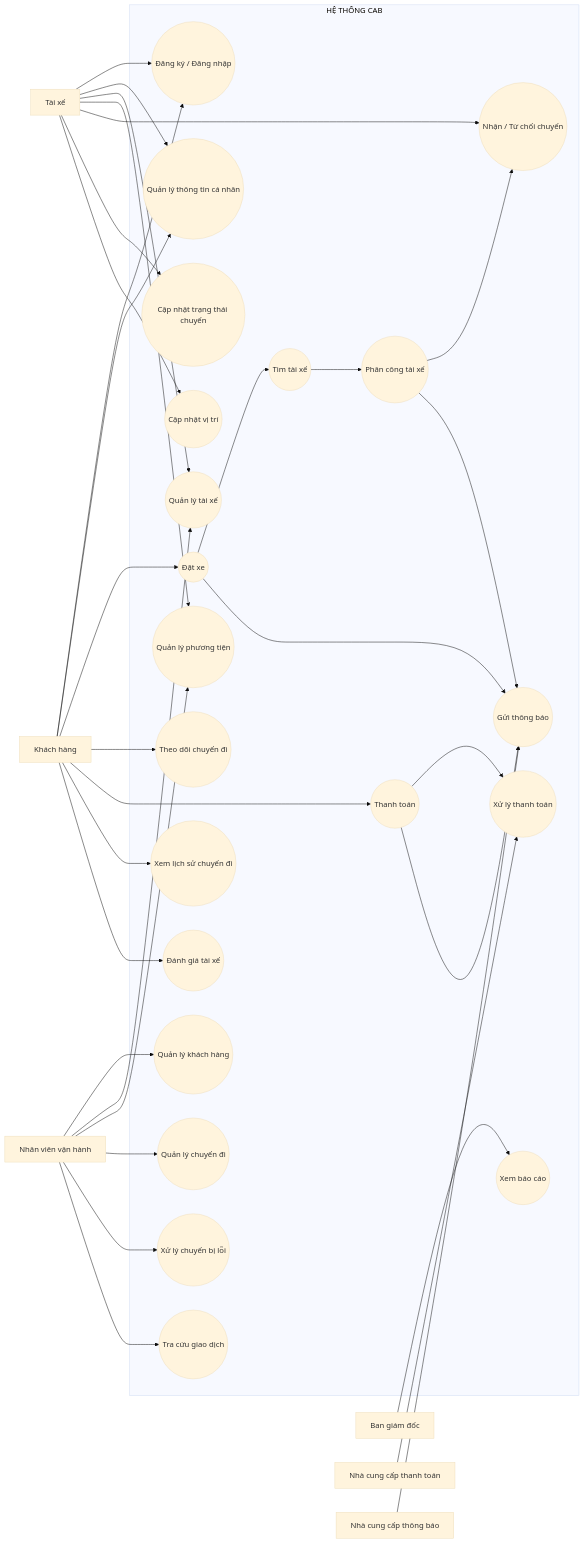
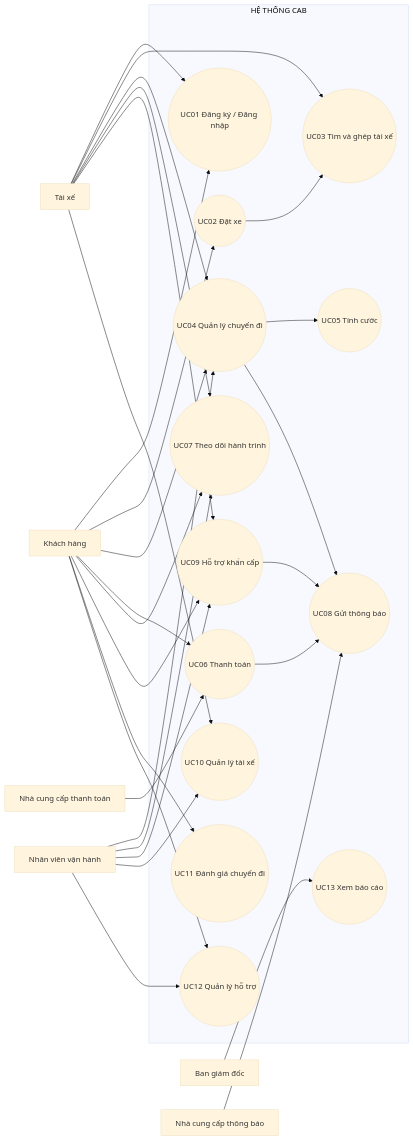
The second of 8 diagrams in README.md (thuhien76685/23653331_TruongThiThuHien_CAB-System-), drawn with Mermaid (base theme) before and after one commit. The commit also changed other lines of this file, not shown here.

````diff
--- a/README.md
+++ b/README.md
@@ -220,74 +238,58 @@
 ```mermaid
 flowchart LR
 
     KH["Khách hàng"]
     TX["Tài xế"]
     NV["Nhân viên vận hành"]
     BGĐ["Ban giám đốc"]
     TT["Nhà cung cấp thanh toán"]
     TB["Nhà cung cấp thông báo"]
 
     subgraph CAB["HỆ THỐNG CAB"]
-
-        UC01(("Đăng ký / Đăng nhập"))
-        UC02(("Quản lý thông tin cá nhân"))
-        UC03(("Đặt xe"))
-        UC04(("Tìm tài xế"))
-        UC05(("Phân công tài xế"))
-        UC06(("Theo dõi chuyến đi"))
-        UC07(("Thanh toán"))
-        UC08(("Xem lịch sử chuyến đi"))
-        UC09(("Đánh giá tài xế"))
-
-        UC10(("Quản lý tài xế"))
-        UC11(("Quản lý phương tiện"))
-        UC12(("Nhận / Từ chối chuyến"))
-        UC13(("Cập nhật trạng thái chuyến"))
-        UC14(("Cập nhật vị trí"))
-
-        UC15(("Quản lý khách hàng"))
-        UC16(("Quản lý chuyến đi"))
-        UC17(("Xử lý chuyến bị lỗi"))
-        UC18(("Tra cứu giao dịch"))
-
-        UC19(("Xem báo cáo"))
-        UC20(("Xử lý thanh toán"))
-        UC21(("Gửi thông báo"))
+        UC01(("UC01 Đăng ký / Đăng nhập"))
+        UC02(("UC02 Đặt xe"))
+        UC03(("UC03 Tìm và ghép tài xế"))
+        UC04(("UC04 Quản lý chuyến đi"))
+        UC05(("UC05 Tính cước"))
+        UC06(("UC06 Thanh toán"))
+        UC07(("UC07 Theo dõi hành trình"))
+        UC08(("UC08 Gửi thông báo"))
+        UC09(("UC09 Hỗ trợ khẩn cấp"))
+        UC10(("UC10 Quản lý tài xế"))
+        UC11(("UC11 Đánh giá chuyến đi"))
+        UC12(("UC12 Quản lý hỗ trợ"))
+        UC13(("UC13 Xem báo cáo"))
     end
 
     KH --> UC01
     KH --> UC02
-    KH --> UC03
+    KH --> UC04
     KH --> UC06
     KH --> UC07
-    KH --> UC08
     KH --> UC09
+    KH --> UC11
+    KH --> UC12
 
     TX --> UC01
-    TX --> UC02
+    TX --> UC03
+    TX --> UC04
+    TX --> UC07
+    TX --> UC09
     TX --> UC10
-    TX --> UC11
-    TX --> UC12
-    TX --> UC13
-    TX --> UC14
 
-    NV --> UC15
+    NV --> UC04
+    NV --> UC07
+    NV --> UC09
     NV --> UC10
-    NV --> UC11
-    NV --> UC16
-    NV --> UC17
-    NV --> UC18
+    NV --> UC12
 
-    BGĐ --> UC19
+    BGĐ --> UC13
+    TT --> UC06
+    TB --> UC08
 
-    TT --> UC20
-    TB --> UC21
-
-    UC03 --> UC04
+    UC02 --> UC03
     UC04 --> UC05
-    UC05 --> UC12
-    UC07 --> UC20
-    UC03 --> UC21
-    UC05 --> UC21
-    UC07 --> UC21
+    UC04 --> UC08
+    UC06 --> UC08
+    UC09 --> UC08
 ```
````
